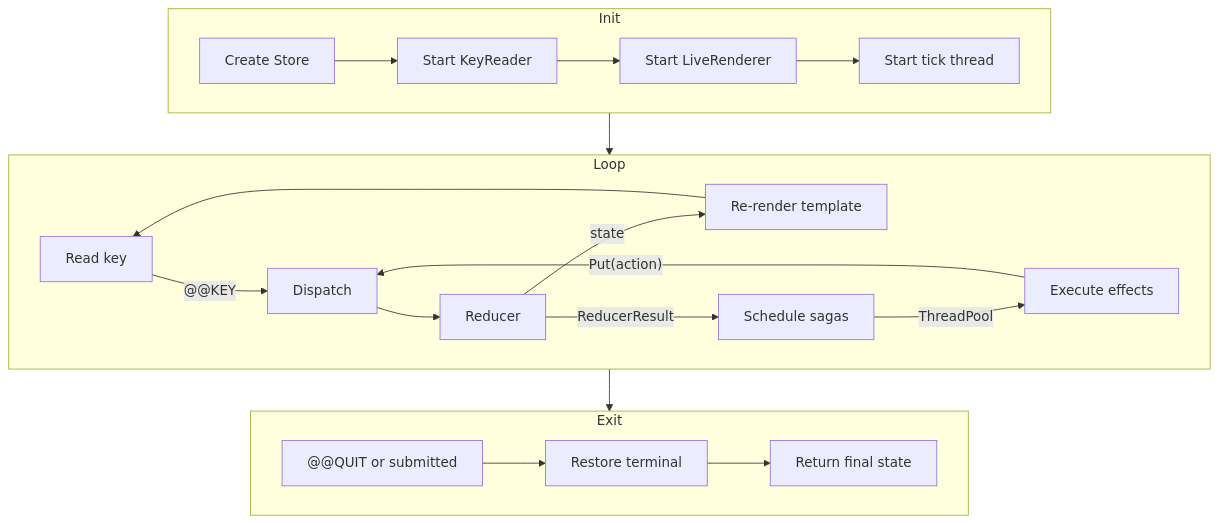
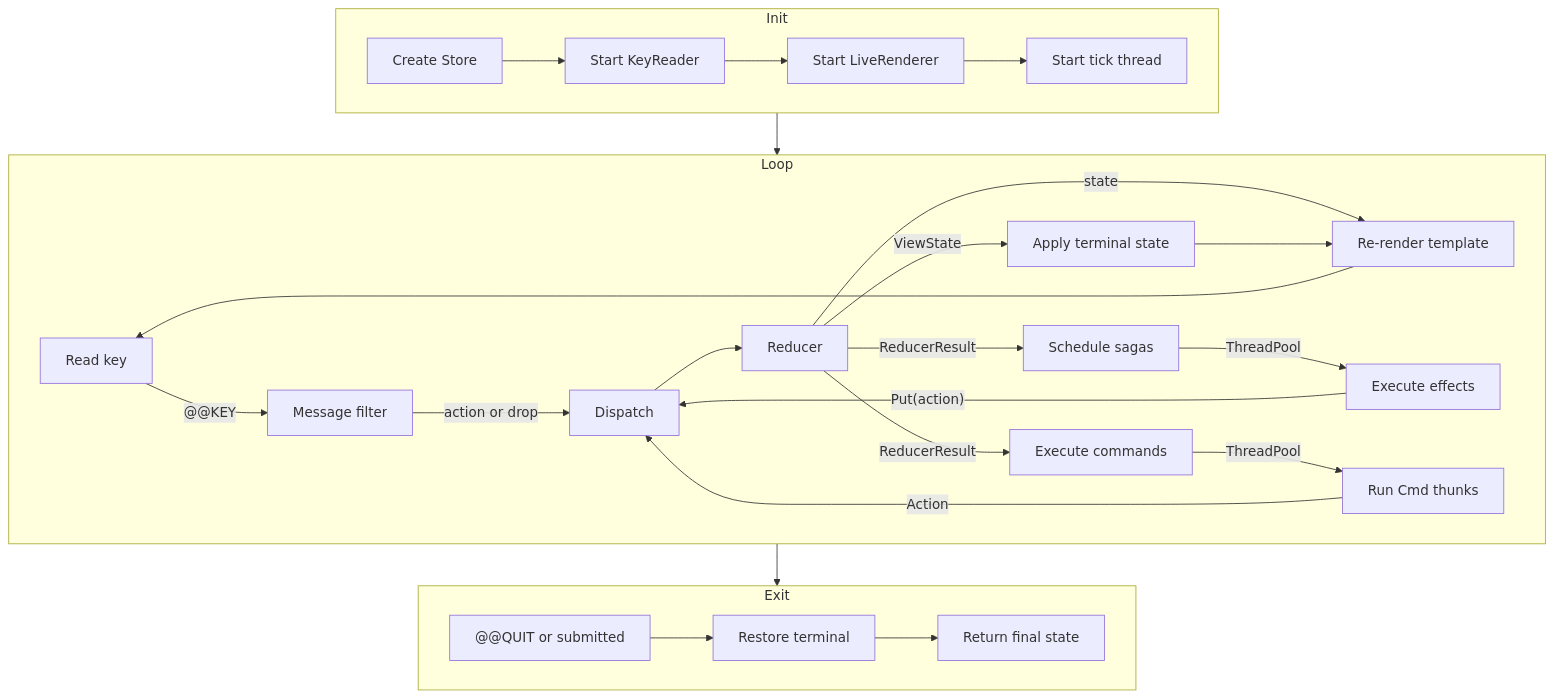
Before and after one commit to lbliii/milo-cli: the second of 3 diagrams in site/content/docs/about/architecture.md, drawn with Mermaid. The commit also changed other lines of this file and 16 other files, not shown here.

First line of the commit message:
Add Bubbletea-inspired patterns: Cmd, Batch, Sequence, TickCmd, ViewState (#16)

````diff
--- a/site/content/docs/about/architecture.md
+++ b/site/content/docs/about/architecture.md
@@ -50,26 +50,32 @@
 ```mermaid
 flowchart TB
     subgraph Init
         Store[Create Store] --> KR[Start KeyReader]
         KR --> LR[Start LiveRenderer]
         LR --> Tick[Start tick thread]
     end
 
     subgraph Loop
-        Read[Read key] -->|"@@KEY"| Dispatch
+        Read[Read key] -->|"@@KEY"| Filter[Message filter]
+        Filter -->|action or drop| Dispatch
         Dispatch --> Reducer
         Reducer -->|state| Render[Re-render template]
         Reducer -->|ReducerResult| Sagas[Schedule sagas]
+        Reducer -->|ReducerResult| Cmds[Execute commands]
+        Reducer -->|ViewState| ViewDiff[Apply terminal state]
         Sagas -->|ThreadPool| Effects[Execute effects]
         Effects -->|"Put(action)"| Dispatch
+        Cmds -->|ThreadPool| CmdRun[Run Cmd thunks]
+        CmdRun -->|"Action"| Dispatch
+        ViewDiff --> Render
         Render --> Read
     end
 
     subgraph Exit
         Quit["@@QUIT or submitted"] --> Cleanup[Restore terminal]
         Cleanup --> Return[Return final state]
     end
 
     Init --> Loop
     Loop --> Exit
 ```
````
